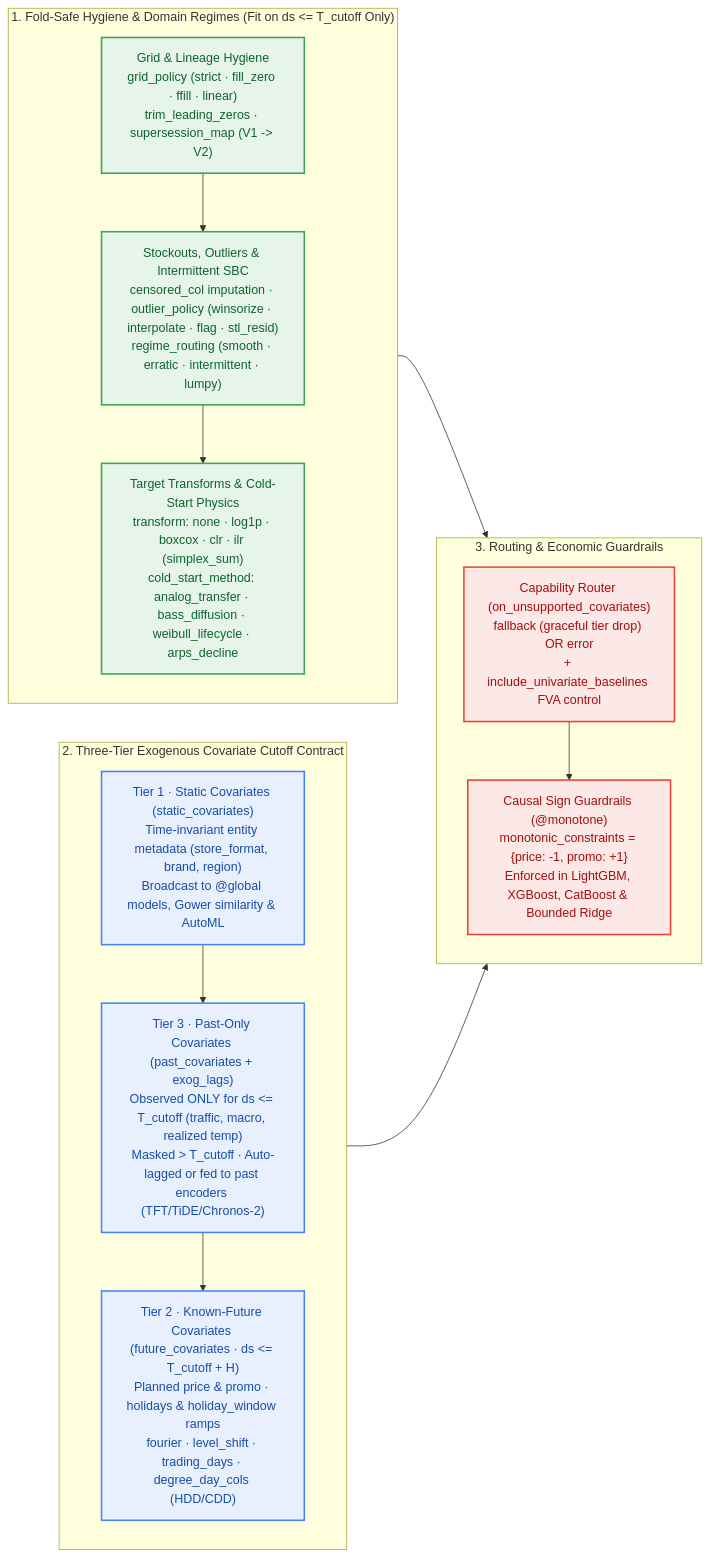
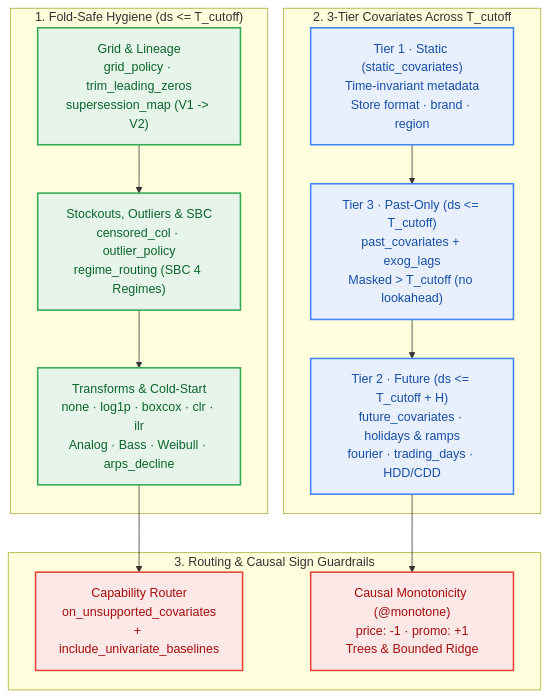
One commit to statmike/scale-forecasting changed the tenth of 17 diagrams in docs/visual_architecture.md. Above: the diagram before and after it, drawn with Mermaid. The commit also changed other lines of this file and 14 other files, not shown here.

Commit message:
docs(mermaid): reconfigure wide diagrams to vertical TD layout with concise labels

````diff
--- a/docs/visual_architecture.md
+++ b/docs/visual_architecture.md
@@ -433,34 +422,31 @@
 ```mermaid
-flowchart LR
-    subgraph HYG["1. Fold-Safe Hygiene & Domain Regimes (Fit on ds <= T_cutoff Only)"]
-        direction TB
-        H_GRID["Grid & Lineage Hygiene<br/>grid_policy (strict · fill_zero · ffill · linear)<br/>trim_leading_zeros · supersession_map (V1 -> V2)"]
-        H_CLEAN["Stockouts, Outliers & Intermittent SBC<br/>censored_col imputation · outlier_policy (winsorize · interpolate · flag · stl_resid)<br/>regime_routing (smooth · erratic · intermittent · lumpy)"]
-        H_XFORM["Target Transforms & Cold-Start Physics<br/>transform: none · log1p · boxcox · clr · ilr (simplex_sum)<br/>cold_start_method: analog_transfer · bass_diffusion · weibull_lifecycle · arps_decline"]
+flowchart TD
+    subgraph HYG["1. Fold-Safe Hygiene (ds <= T_cutoff)"]
+        H_GRID["Grid & Lineage<br/>grid_policy · trim_leading_zeros<br/>supersession_map (V1 -> V2)"]
+        H_CLEAN["Stockouts, Outliers & SBC<br/>censored_col · outlier_policy<br/>regime_routing (SBC 4 Regimes)"]
+        H_XFORM["Transforms & Cold-Start<br/>none · log1p · boxcox · clr · ilr<br/>Analog · Bass · Weibull · arps_decline"]
         H_GRID --> H_CLEAN --> H_XFORM
     end
 
-    subgraph COVS["2. Three-Tier Exogenous Covariate Cutoff Contract"]
-        direction TB
-        T_STAT["Tier 1 · Static Covariates (static_covariates)<br/>Time-invariant entity metadata (store_format, brand, region)<br/>Broadcast to @global models, Gower similarity & AutoML"]
-        T_PAST["Tier 3 · Past-Only Covariates (past_covariates + exog_lags)<br/>Observed ONLY for ds <= T_cutoff (traffic, macro, realized temp)<br/>Masked > T_cutoff · Auto-lagged or fed to past encoders (TFT/TiDE/Chronos-2)"]
-        T_FUT["Tier 2 · Known-Future Covariates (future_covariates · ds <= T_cutoff + H)<br/>Planned price & promo · holidays & holiday_window ramps<br/>fourier · level_shift · trading_days · degree_day_cols (HDD/CDD)"]
+    subgraph COVS["2. 3-Tier Covariates Across T_cutoff"]
+        T_STAT["Tier 1 · Static (static_covariates)<br/>Time-invariant metadata<br/>Store format · brand · region"]
+        T_PAST["Tier 3 · Past-Only (ds <= T_cutoff)<br/>past_covariates + exog_lags<br/>Masked > T_cutoff (no lookahead)"]
+        T_FUT["Tier 2 · Future (ds <= T_cutoff + H)<br/>future_covariates · holidays & ramps<br/>fourier · trading_days · HDD/CDD"]
         T_STAT --> T_PAST --> T_FUT
     end
 
-    subgraph GUARD_COV["3. Routing & Economic Guardrails"]
-        direction TB
-        G_CAP["Capability Router (on_unsupported_covariates)<br/>fallback (graceful tier drop) OR error<br/>+ include_univariate_baselines FVA control"]
-        G_MON["Causal Sign Guardrails (@monotone)<br/>monotonic_constraints = {price: -1, promo: +1}<br/>Enforced in LightGBM, XGBoost, CatBoost & Bounded Ridge"]
-        G_CAP --> G_MON
+    subgraph GUARD_COV["3. Routing & Causal Sign Guardrails"]
+        G_CAP["Capability Router<br/>on_unsupported_covariates<br/>+ include_univariate_baselines"]
+        G_MON["Causal Monotonicity (@monotone)<br/>price: -1 · promo: +1<br/>Trees & Bounded Ridge"]
     end
 
-    HYG & COVS --> GUARD_COV
+    H_XFORM --> G_CAP
+    T_FUT --> G_MON
 
     classDef data fill:#E8F0FE,stroke:#4285F4,stroke-width:2px,color:#174EA6
     classDef route fill:#FCE8E6,stroke:#EA4335,stroke-width:2px,color:#A50E0E
     classDef compute fill:#E6F4EA,stroke:#34A853,stroke-width:2px,color:#0D652D
     class T_STAT,T_PAST,T_FUT data
     class G_CAP,G_MON route
     class H_GRID,H_CLEAN,H_XFORM compute
 ```
````
